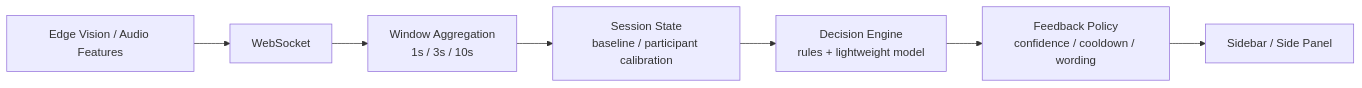
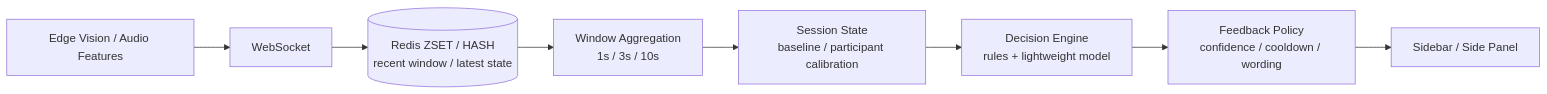
Before and after one commit to k-kanke/reaction-engine: the fifth of 6 diagrams in plan/1st-plan.md, drawn with Mermaid. The commit also changed other lines of this file and 2 other files, not shown here.

````diff
--- a/plan/1st-plan.md
+++ b/plan/1st-plan.md
@@ -288,17 +366,19 @@
 ```mermaid
 flowchart LR
   edge["Edge Vision / Audio Features"]
   ws["WebSocket"]
+  recent[("Redis ZSET / HASH<br/>recent window / latest state")]
   window["Window Aggregation<br/>1s / 3s / 10s"]
   state["Session State<br/>baseline / participant calibration"]
   decision["Decision Engine<br/>rules + lightweight model"]
   policy["Feedback Policy<br/>confidence / cooldown / wording"]
   ui["Sidebar / Side Panel"]
 
   edge --> ws
-  ws --> window
+  ws --> recent
+  recent --> window
   window --> state
   state --> decision
   decision --> policy
   policy --> ui
 ```
````
